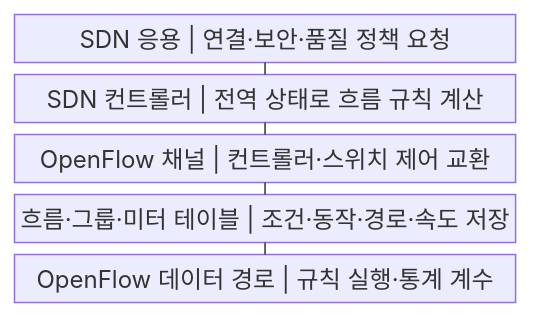
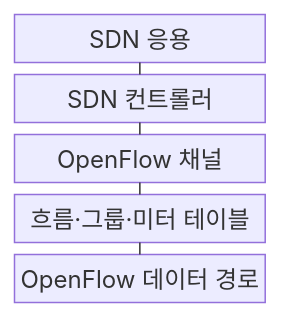
One commit to agnusdei1207/knowledge-base changed the first of 2 diagrams in src/content/docs/notes/04-network/058_sdn_controller_openflow.md. Above: the diagram before and after it, drawn with Mermaid. The commit also changed other lines of this file and 122 other files, not shown here.

````diff
--- a/src/content/docs/notes/04-network/058_sdn_controller_openflow.md
+++ b/src/content/docs/notes/04-network/058_sdn_controller_openflow.md
@@ -54,13 +54,13 @@
 ```mermaid
-block
+block-beta
     columns 1
-    A["SDN 응용 | 연결·보안·품질 정책 요청"]
-    B["SDN 컨트롤러 | 전역 상태로 흐름 규칙 계산"]
-    C["OpenFlow 채널 | 컨트롤러·스위치 제어 교환"]
-    D["흐름·그룹·미터 테이블 | 조건·동작·경로·속도 저장"]
-    E["OpenFlow 데이터 경로 | 규칙 실행·통계 계수"]
+    A["SDN 응용"]
+    B["SDN 컨트롤러"]
+    C["OpenFlow 채널"]
+    D["흐름·그룹·미터 테이블"]
+    E["OpenFlow 데이터 경로"]
     A --- B
     B --- C
     C --- D
     D --- E
 ```
````
